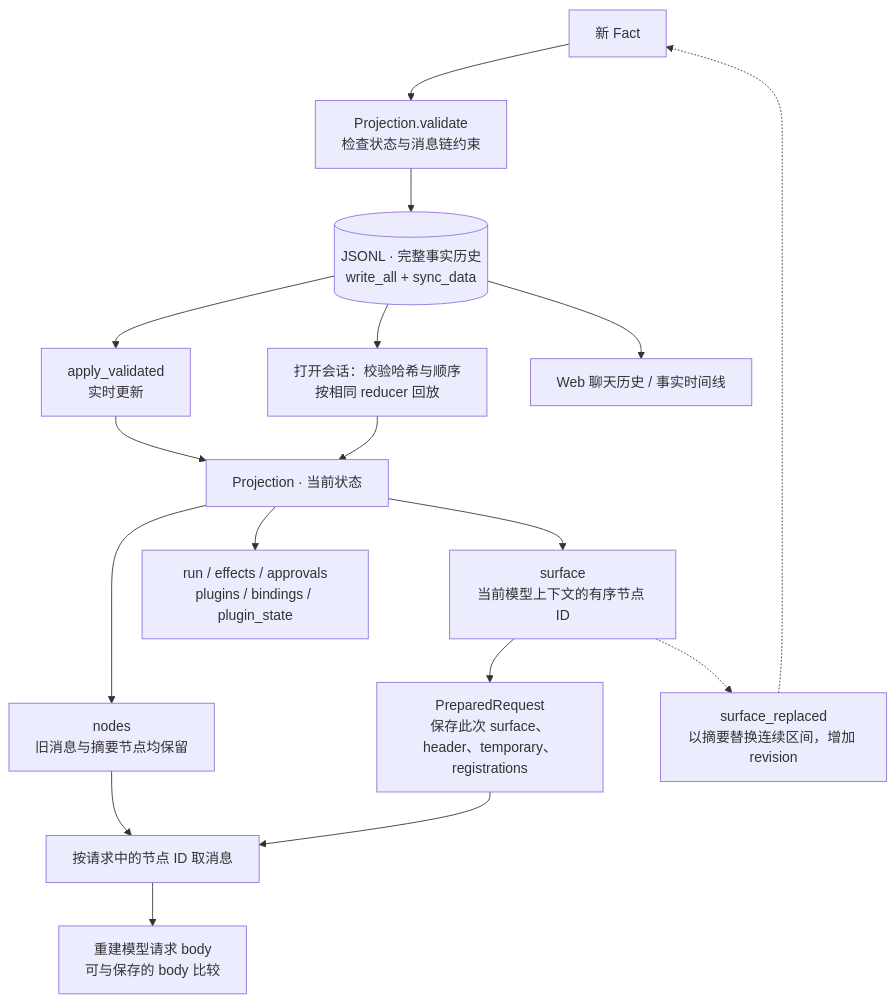
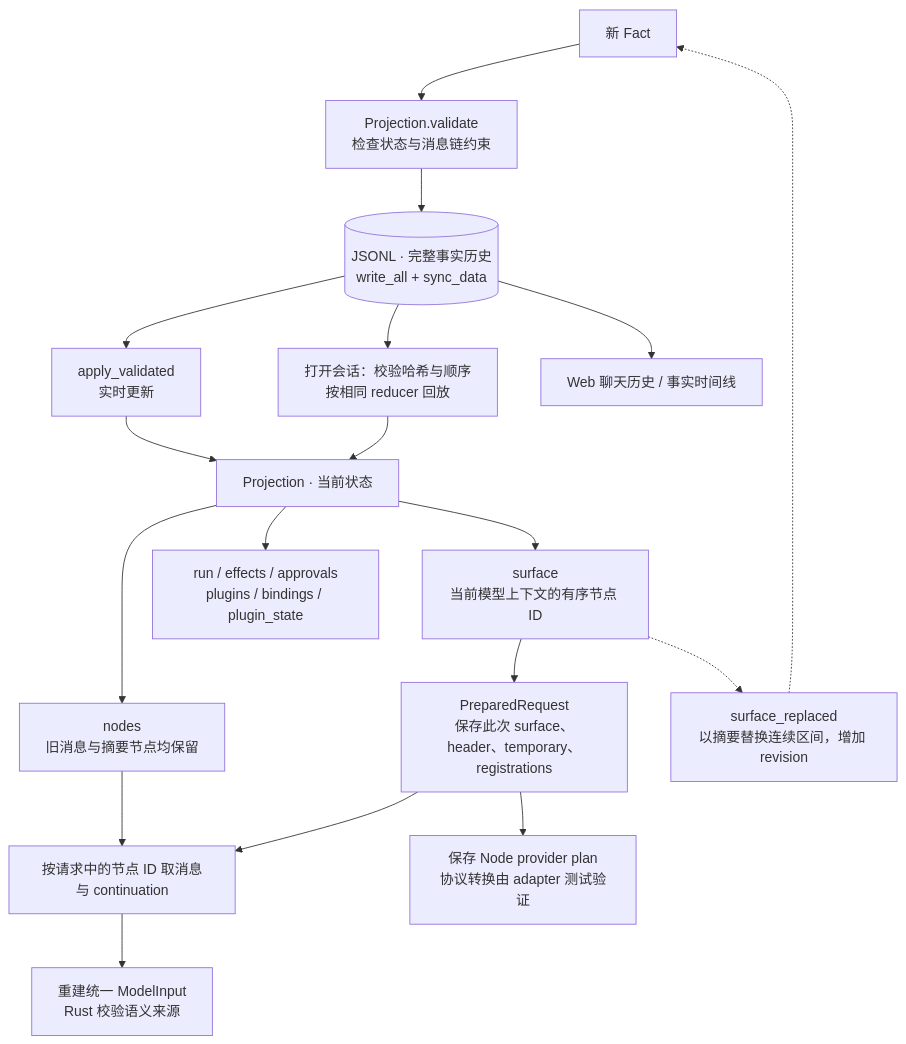
One commit to catDforD/Morrow changed the diagram in vnext/docs/diagrams/context-views.mmd. Above: the diagram before and after it, drawn with Mermaid. The commit also changed 69 other files, not shown here.

```diff
--- a/vnext/docs/diagrams/context-views.mmd
+++ b/vnext/docs/diagrams/context-views.mmd
@@ -1,17 +1,18 @@
 flowchart TB
   Fact["新 Fact"] --> Validate["Projection.validate<br/>检查状态与消息链约束"]
   Validate --> Log[("JSONL · 完整事实历史<br/>write_all + sync_data")]
   Log --> Live["apply_validated<br/>实时更新"]
   Log --> Replay["打开会话：校验哈希与顺序<br/>按相同 reducer 回放"]
   Live --> P["Projection · 当前状态"]
   Replay --> P
   P --> Nodes["nodes<br/>旧消息与摘要节点均保留"]
   P --> Surface["surface<br/>当前模型上下文的有序节点 ID"]
   P --> State["run / effects / approvals<br/>plugins / bindings / plugin_state"]
-  Nodes --> Resolve["按请求中的节点 ID 取消息"]
+  Nodes --> Resolve["按请求中的节点 ID 取消息与 continuation"]
   Surface --> Prepared["PreparedRequest<br/>保存此次 surface、header、temporary、registrations"]
   Prepared --> Resolve
-  Resolve --> Body["重建模型请求 body<br/>可与保存的 body 比较"]
+  Resolve --> Body["重建统一 ModelInput<br/>Rust 校验语义来源"]
+  Prepared --> Plan["保存 Node provider plan<br/>协议转换由 adapter 测试验证"]
   Log --> Chat["Web 聊天历史 / 事实时间线"]
   Surface -.-> Compact["surface_replaced<br/>以摘要替换连续区间，增加 revision"]
   Compact -.-> Fact
```
